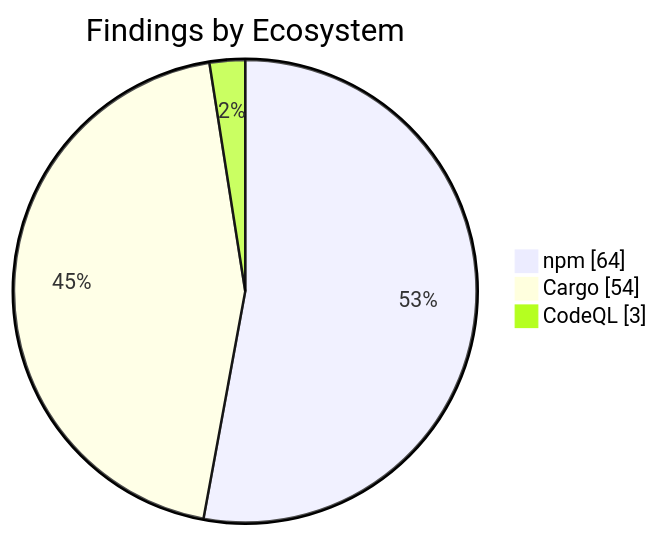
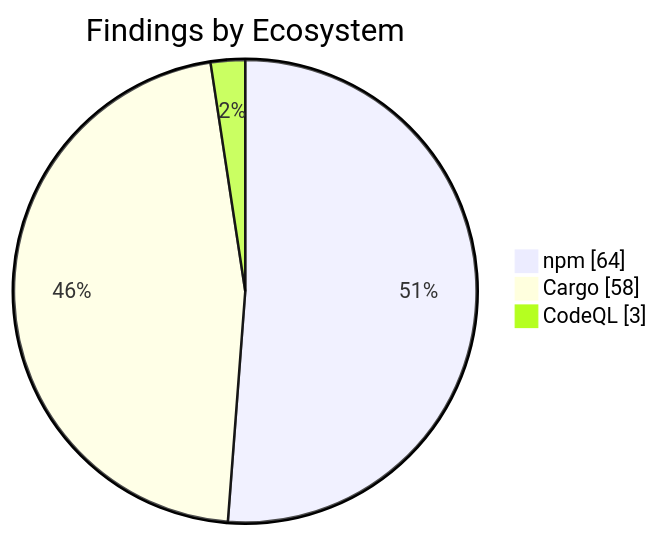
Before and after one commit to KBVE/kbve: the second of 2 diagrams in apps/kbve/astro-kbve/src/content/docs/dashboard/security.mdx, drawn with Mermaid. The commit also changed other lines of this file and 8 other files, not shown here.

````diff
--- a/apps/kbve/astro-kbve/src/content/docs/dashboard/security.mdx
+++ b/apps/kbve/astro-kbve/src/content/docs/dashboard/security.mdx
@@ -73,7 +73,7 @@
 ```mermaid
 pie showData
     title Findings by Ecosystem
     "npm" : 64
-    "Cargo" : 54
+    "Cargo" : 58
     "CodeQL" : 3
 ```
````
